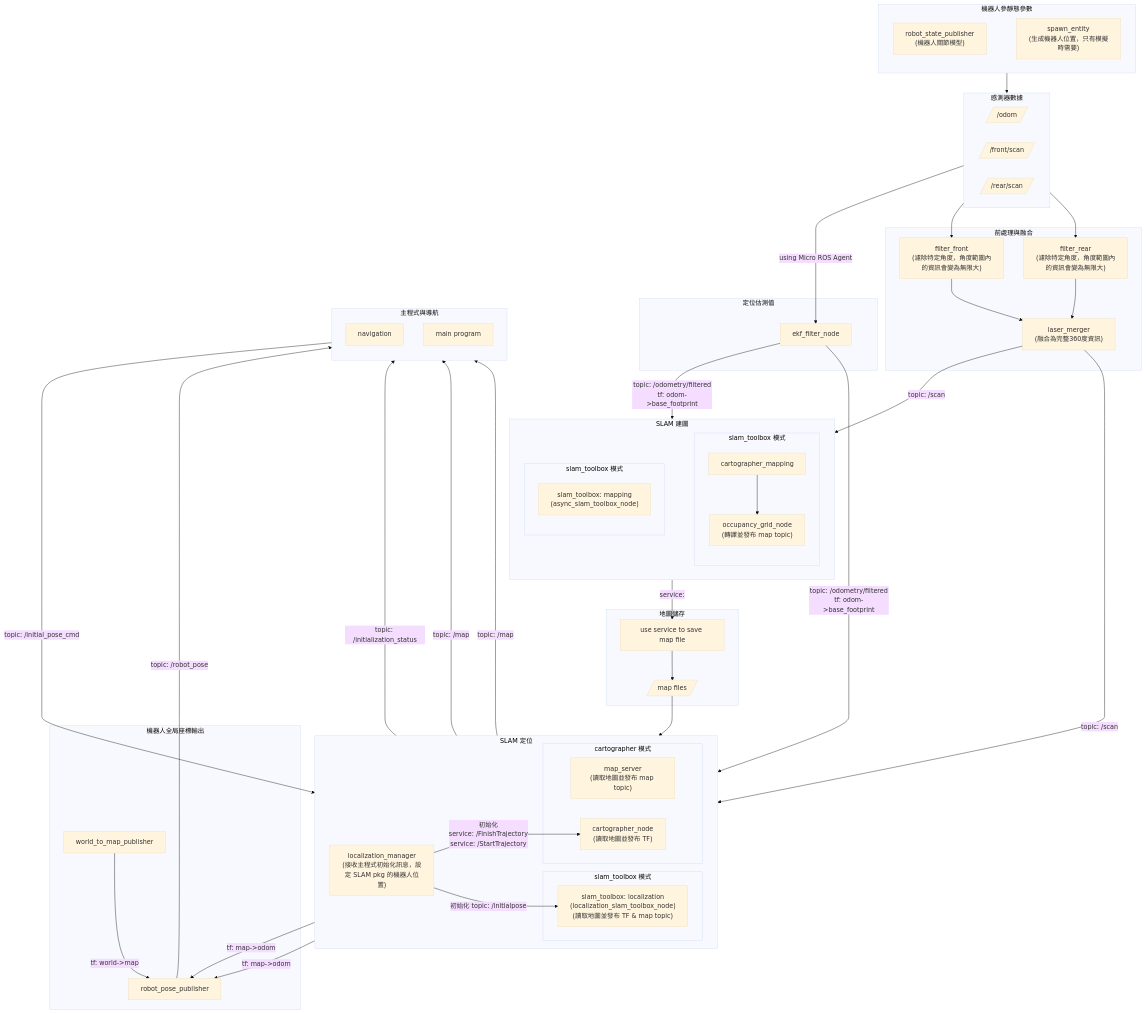
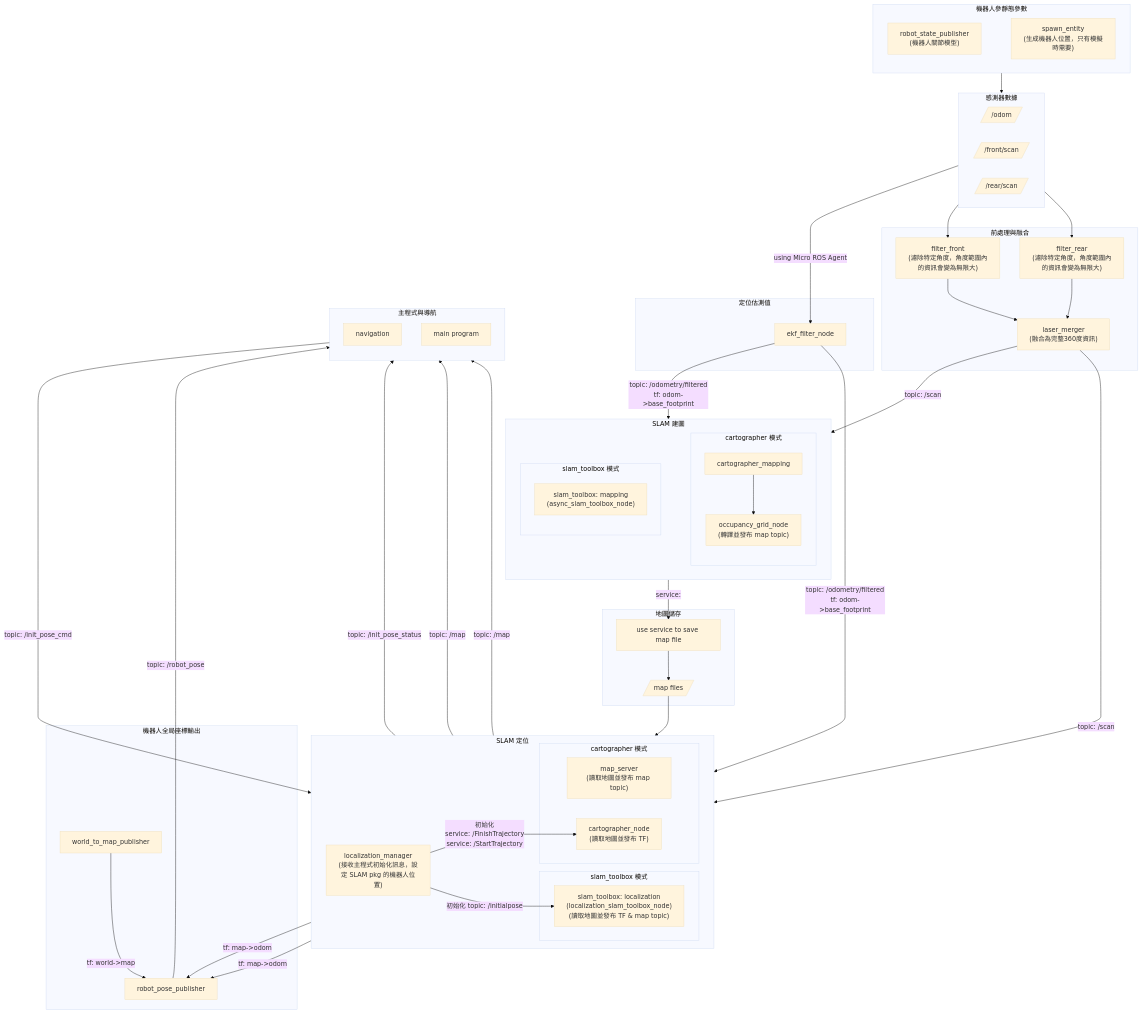
One commit to wang-hsiu-cheng/tdk_slam_ws changed the first of 2 diagrams in README.md. Above: the diagram before and after it, drawn with Mermaid (base theme). The commit also changed other lines of this file and 8 other files, not shown here.

Commit message:
feature: add init pose node and fix error feature: add testing node for init pose feature update: spawn_launch.py to align to latest version sim_spawn_launch.py update: description of pseudo_main and localization_manager

```diff
--- a/README.md
+++ b/README.md
@@ -205,7 +207,7 @@
         subgraph ST_mode_m [slam_toolbox 模式]
             ST_Map["slam_toolbox: mapping<br>(async_slam_toolbox_node)"]
         end
-        subgraph Carto_mode_m [slam_toolbox 模式]
+        subgraph Carto_mode_m [cartographer 模式]
             direction TD
             Carto_Map["cartographer_mapping"]
             Occupancy["occupancy_grid_node<br>(轉譯並發布 map topic)"]
@@ -227,7 +229,6 @@
         
         Loc_Manager -- 初始化 topic: /initialpose --> ST_Loc
         Loc_Manager -- 初始化 <br>service: /FinishTrajectory<br>service: /StartTrajectory --> Carto_Loc
-        
     end
     
     subgraph Save [地圖儲存]
@@ -260,8 +261,8 @@
     EKF -- topic: /odometry/filtered<br>tf: odom->base_footprint --> SLAM_Loc
     Map_file --> SLAM_Loc
 
-    Main -- topic: /initial_pose_cmd --> Loc_Manager
-    Loc_Manager -- topic: /initialization_status ----> Main
+    Main -- topic: /init_pose_cmd --> Loc_Manager
+    Loc_Manager -- topic: /init_pose_status ----> Main
 
     %% localization output
     SLAM_Map -- service: --> Save_Map
```
